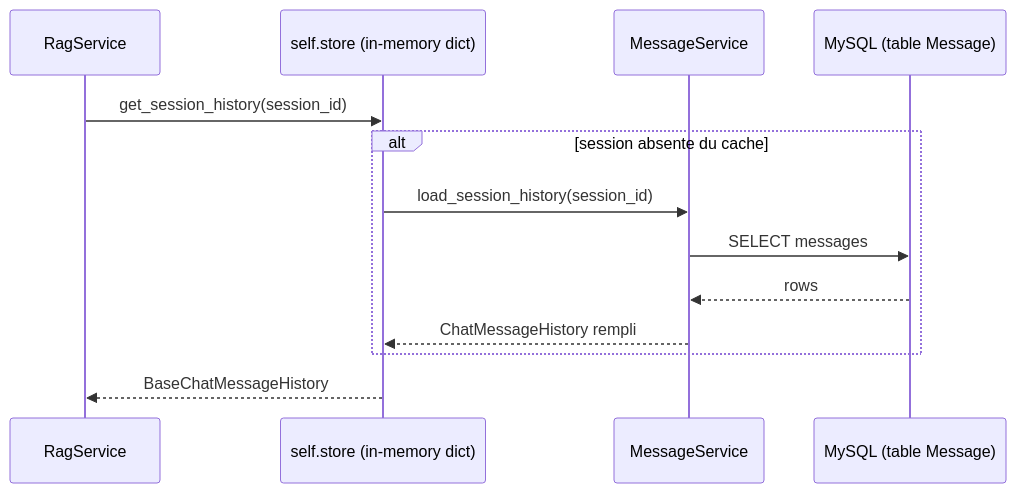
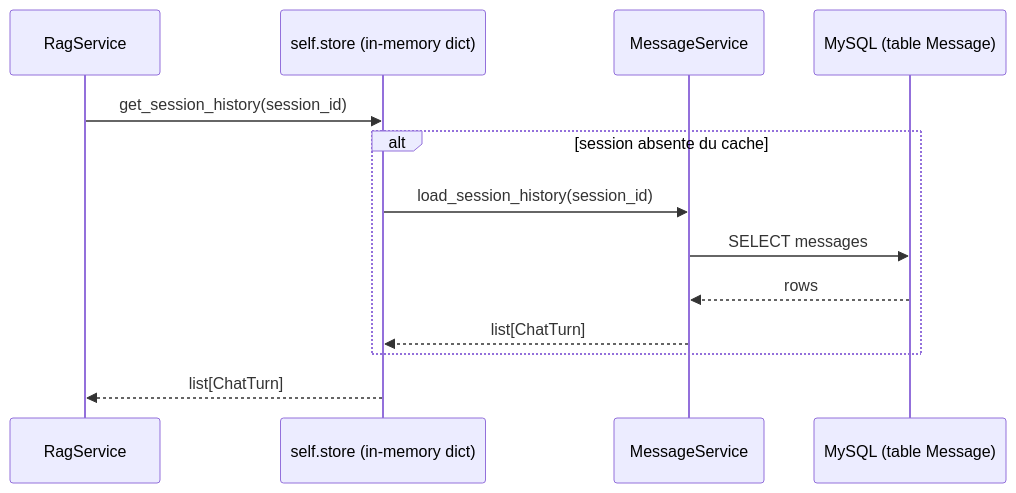
One commit to pierrefaraco/bot-factory changed the fourth of 6 diagrams in server/doc/LANGCHAIN_ARCHITECTURE.md. Above: the diagram before and after it, drawn with Mermaid. The commit also changed other lines of this file and 25 other files, not shown here.

````diff
--- a/server/doc/LANGCHAIN_ARCHITECTURE.md
+++ b/server/doc/LANGCHAIN_ARCHITECTURE.md
@@ -275,16 +292,16 @@
 ```mermaid
 sequenceDiagram
     participant RAG as RagService
     participant Store as self.store (in-memory dict)
     participant MSG as MessageService
     participant DB as MySQL (table Message)
 
     RAG->>Store: get_session_history(session_id)
     alt session absente du cache
         Store->>MSG: load_session_history(session_id)
         MSG->>DB: SELECT messages
         DB-->>MSG: rows
-        MSG-->>Store: ChatMessageHistory rempli
+        MSG-->>Store: list[ChatTurn]
     end
-    Store-->>RAG: BaseChatMessageHistory
+    Store-->>RAG: list[ChatTurn]
 ```
````
